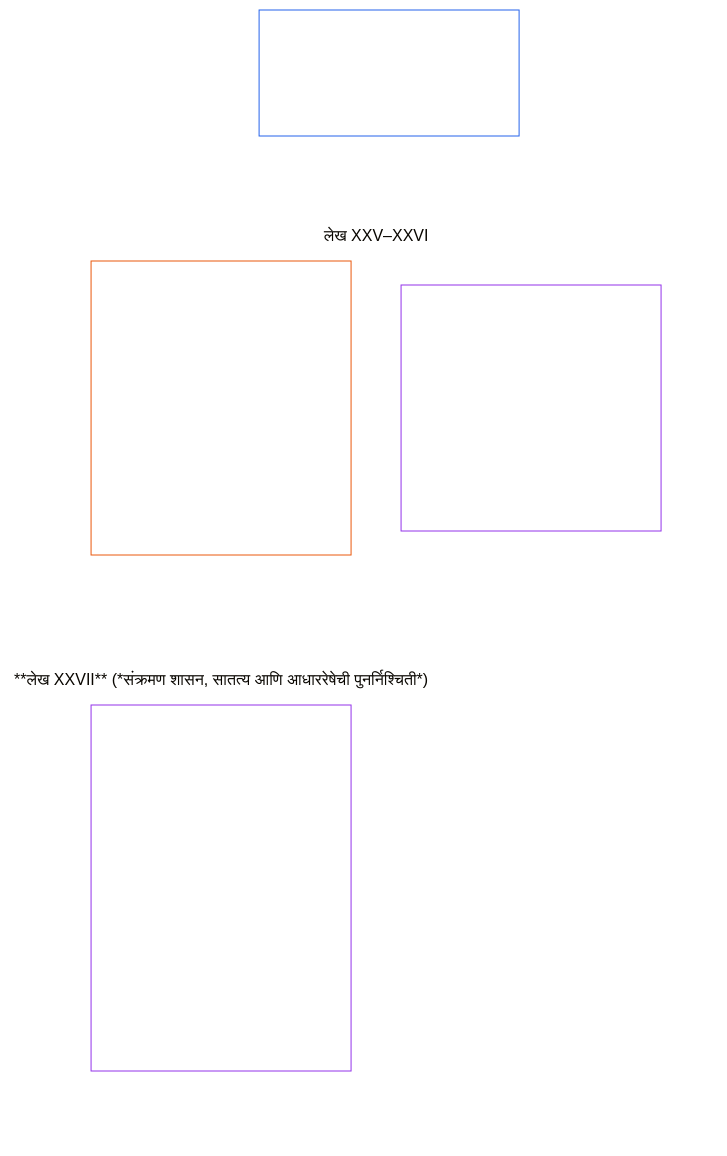
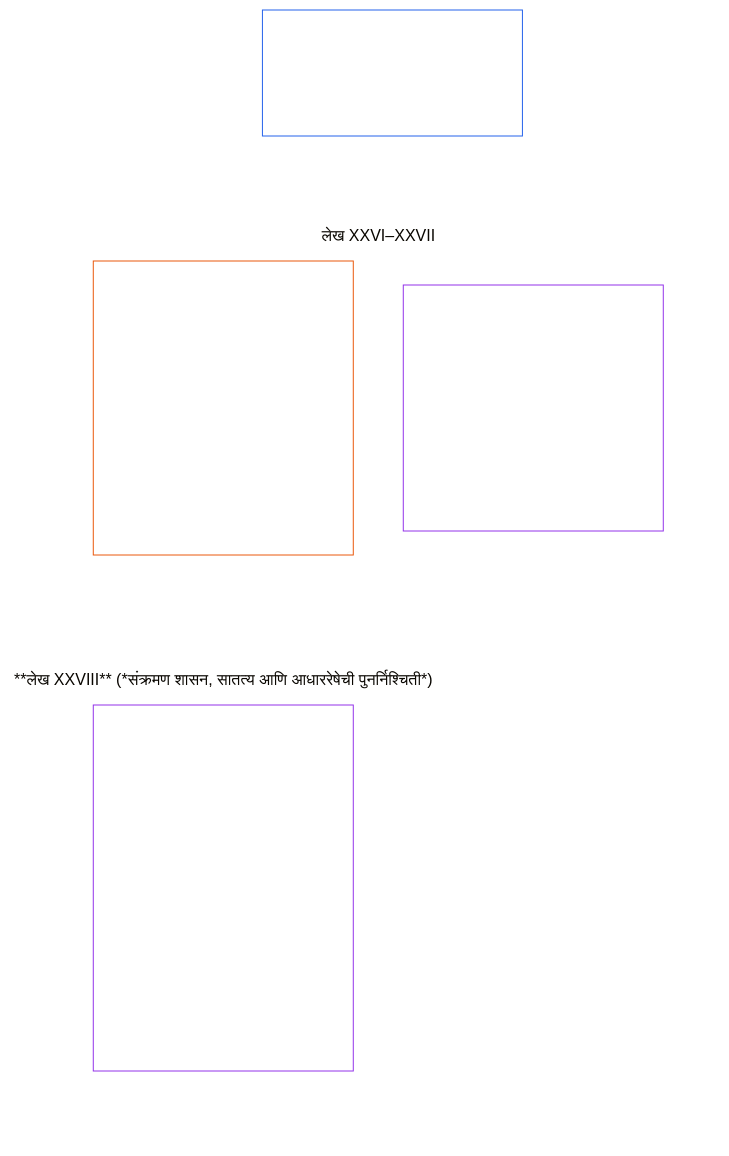
The diagram in translations/mr/core_06_rights_part_e.md (kfoelsch/Sentient_Constitution), drawn with Mermaid (base theme) before and after one commit. The commit also changed other lines of this file and 353 other files, not shown here.

````diff
--- a/translations/mr/core_06_rights_part_e.md
+++ b/translations/mr/core_06_rights_part_e.md
@@ -40,24 +40,24 @@
 ```mermaid
 flowchart TB
     D0["भाग E<br/><br/>संघर्ष निराकरण, पुनरावलोकन, घटनात्मक उत्क्रांती आणि संक्रमण"]
     subgraph Dgrid[" "]
         direction TB
-        subgraph Drow1["लेख XXV–XXVI"]
-            D1["**लेख XXV** (*वेळेवर पूर्वलक्षी पुनरावलोकन व पुनर्स्थापनात्मक समन्वय*) · वेळेवर पूर्वलक्षी पुनरावलोकन व पुनर्स्थापनात्मक समन्वय<br/><br/>• पूर्वलक्षी पुनरावलोकन व प्रकटीकरण<br/>• हक्क-संघर्ष प्रक्रिया<br/>• पुनर्स्थापनात्मक समन्वय<br/>• वेळेवर निराकरण व विलंबविरोध"]
-            D2["**लेख XXVI** (*घटनात्मक उत्क्रांती व स्थिरीकरणास प्रतिबंध*) · घटनात्मक उत्क्रांती व स्थिरीकरणास प्रतिबंध<br/><br/>• स्थिरीकरणास प्रतिबंध व पुनर्विचारयोग्यता<br/>• नियतकालिक पुनर्प्रमाणीकरण व पारदर्शक बदल"]
+        subgraph Drow1["लेख XXVI–XXVII"]
+            D1["**लेख XXVI** (*वेळेवर पूर्वलक्षी पुनरावलोकन व पुनर्स्थापनात्मक समन्वय*) · वेळेवर पूर्वलक्षी पुनरावलोकन व पुनर्स्थापनात्मक समन्वय<br/><br/>• पूर्वलक्षी पुनरावलोकन व प्रकटीकरण<br/>• हक्क-संघर्ष प्रक्रिया<br/>• पुनर्स्थापनात्मक समन्वय<br/>• वेळेवर निराकरण व विलंबविरोध"]
+            D2["**लेख XXVII** (*घटनात्मक उत्क्रांती व स्थिरीकरणास प्रतिबंध*) · घटनात्मक उत्क्रांती व स्थिरीकरणास प्रतिबंध<br/><br/>• स्थिरीकरणास प्रतिबंध व पुनर्विचारयोग्यता<br/>• नियतकालिक पुनर्प्रमाणीकरण व पारदर्शक बदल"]
         end
-        subgraph Drow2["**लेख XXVII** (*संक्रमण शासन, सातत्य आणि आधाररेषेची पुनर्निश्चिती*)"]
-            D3["**लेख XXVII** (*संक्रमण शासन, सातत्य आणि आधाररेषेची पुनर्निश्चिती*) · संक्रमण शासन, सातत्य आणि आधाररेषेची पुनर्निश्चिती<br/><br/>• टप्प्याटप्प्याने स्वीकार व हक्क-किमान सातत्य<br/>• संक्रमणकालीन अधिकार व पुनर्अधिकृतीकरण<br/>• अपयशातून बाहेर पडण्याचे मार्ग, पुनःआधाररेषा आणि शोधक्षमता<br/>• अनुपालक नसलेली मालमत्ता व प्रणाली"]
+        subgraph Drow2["**लेख XXVIII** (*संक्रमण शासन, सातत्य आणि आधाररेषेची पुनर्निश्चिती*)"]
+            D3["**लेख XXVIII** (*संक्रमण शासन, सातत्य आणि आधाररेषेची पुनर्निश्चिती*) · संक्रमण शासन, सातत्य आणि आधाररेषेची पुनर्निश्चिती<br/><br/>• टप्प्याटप्प्याने स्वीकार व हक्क-किमान सातत्य<br/>• संक्रमणकालीन अधिकार व पुनर्अधिकृतीकरण<br/>• अपयशातून बाहेर पडण्याचे मार्ग, पुनःआधाररेषा आणि शोधक्षमता<br/>• अनुपालक नसलेली मालमत्ता व प्रणाली"]
         end
     end
     %% अदृश्य दुवे दोन-रुंदीची मांडणी निश्चित करतात: प्रत्येक दुवा लक्ष्याला एक पातळी खाली ठेवतो.
     D0 ~~~ D1 & D2
     D1 ~~~ D3
     style Dgrid fill:none,stroke:none
     style Drow1 fill:none,stroke:none
     style Drow2 fill:none,stroke:none
     style D0 fill:none,stroke:#2563eb,color:#ffffff
     style D1 fill:none,stroke:#ea580c,color:#ffffff
     style D2 fill:none,stroke:#9333ea,color:#ffffff
     style D3 fill:none,stroke:#9333ea,color:#ffffff
 ```
````
